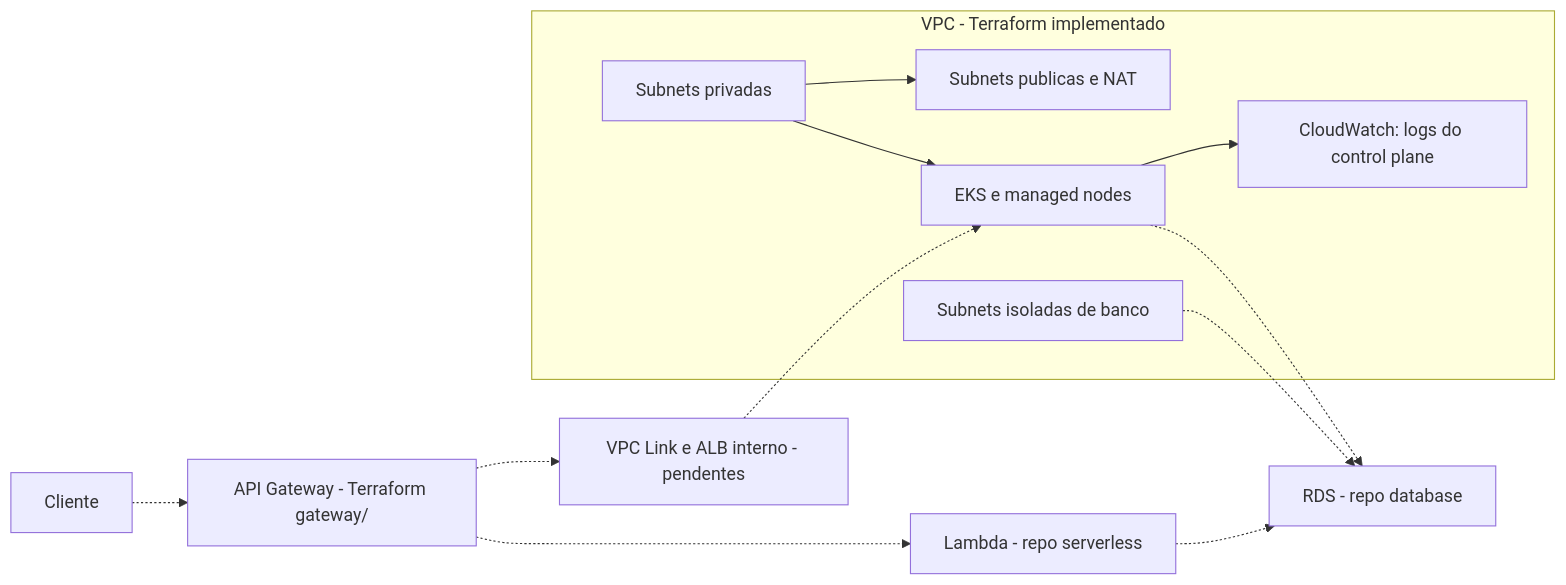
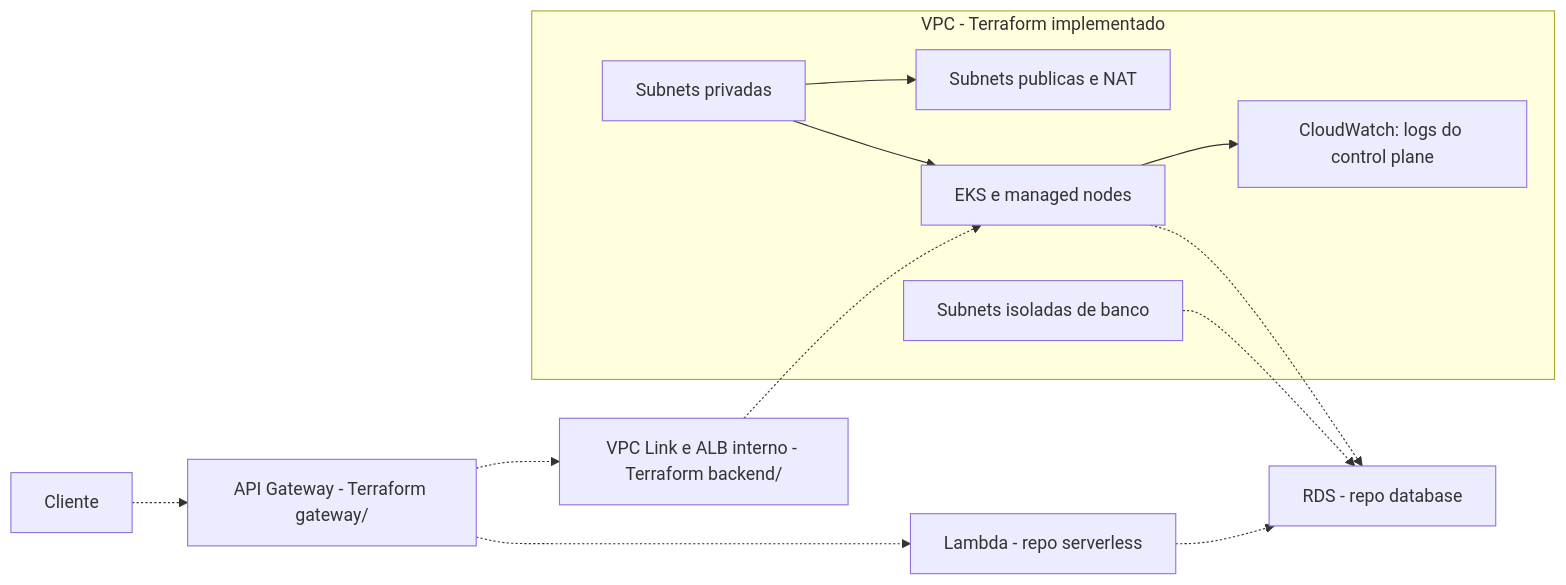
The diagram in README.md (Venomouus/Oficina-infra-kubernetes), drawn with Mermaid before and after one commit. The commit also changed other lines of this file and 19 other files, not shown here.

````diff
--- a/README.md
+++ b/README.md
@@ -39,18 +39,18 @@
 ```mermaid
 flowchart LR
     Client[Cliente] -.-> Gateway[API Gateway - Terraform gateway/]
     Gateway -.-> Auth[Lambda - repo serverless]
-    Gateway -.-> Link[VPC Link e ALB interno - pendentes]
+    Gateway -.-> Link[VPC Link e ALB interno - Terraform backend/]
     subgraph VPC[VPC - Terraform implementado]
         Public[Subnets publicas e NAT]
         Private[Subnets privadas]
         DBNet[Subnets isoladas de banco]
         Private --> EKS[EKS e managed nodes]
         Private --> Public
         EKS --> CW[CloudWatch: logs do control plane]
     end
     Link -.-> EKS
     EKS -.-> RDS[RDS - repo database]
     Auth -.-> RDS
     DBNet -.-> RDS
 ```
````
